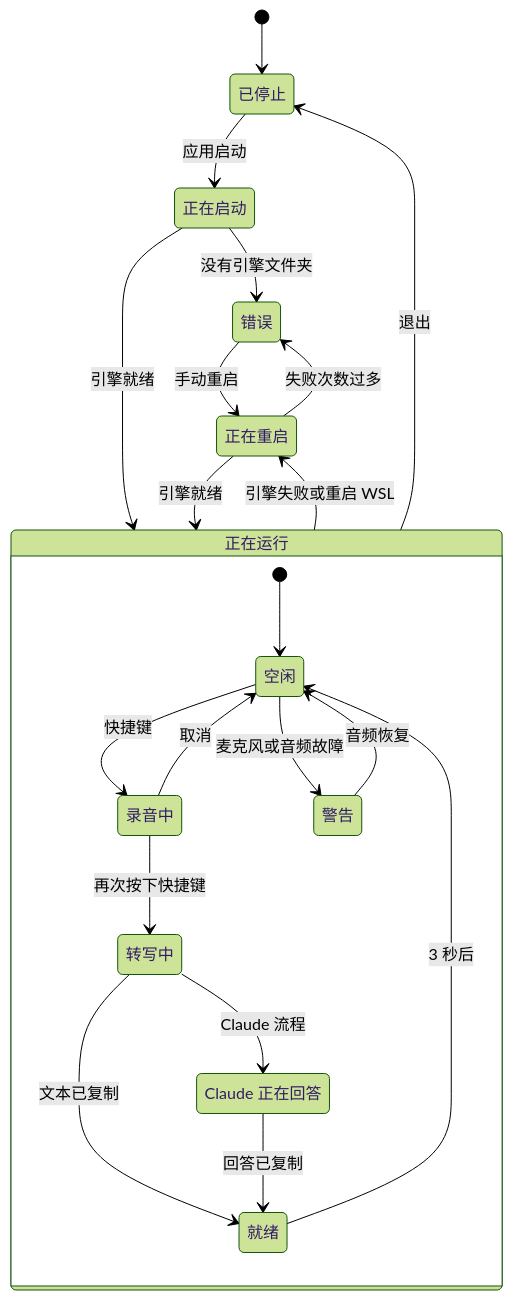
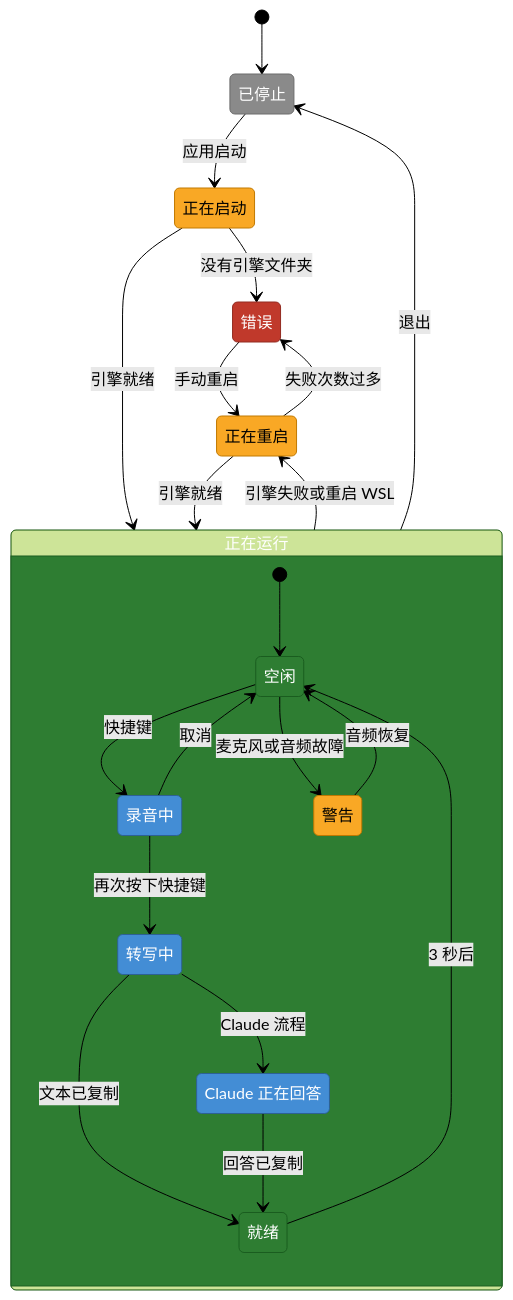
One commit to nano-br/voice-mate changed the fourth of 6 diagrams in README.zh-CN.md. Above: the diagram before and after it, drawn with Mermaid (forest theme). The commit also changed other lines of this file and 76 other files, not shown here.

````diff
--- a/README.zh-CN.md
+++ b/README.zh-CN.md
@@ -239,35 +337,51 @@
 ```mermaid
 stateDiagram-v2
     state "已停止" as Stopped
     state "正在启动" as Starting
     state "正在运行" as Running
     state "错误" as Error
     state "正在重启" as Restarting
     [*] --> Stopped
     Stopped --> Starting : 应用启动
     Starting --> Running : 引擎就绪
     Starting --> Error : 没有引擎文件夹
     Running --> Restarting : 引擎失败或重启 WSL
     Restarting --> Running : 引擎就绪
     Restarting --> Error : 失败次数过多
     Error --> Restarting : 手动重启
     Running --> Stopped : 退出
     state Running {
         state "空闲" as Idle
         state "录音中" as Recording
         state "转写中" as Transcribing
         state "Claude 正在回答" as Answering
         state "就绪" as Ready
         state "警告" as Warning
         [*] --> Idle
         Idle --> Recording : 快捷键
         Recording --> Transcribing : 再次按下快捷键
         Recording --> Idle : 取消
         Transcribing --> Ready : 文本已复制
         Transcribing --> Answering : Claude 流程
         Answering --> Ready : 回答已复制
         Ready --> Idle : 3 秒后
         Idle --> Warning : 麦克风或音频故障
         Warning --> Idle : 音频恢复
     }
+
+    classDef person fill:#08427b,stroke:#052e56,color:#ffffff
+    classDef system fill:#1168bd,stroke:#0b4884,color:#ffffff
+    classDef container fill:#438dd5,stroke:#2e6295,color:#ffffff
+    classDef component fill:#85bbf0,stroke:#5d82a8,color:#000000
+    classDef store fill:#00838f,stroke:#005f66,color:#ffffff
+    classDef external fill:#8a8a8a,stroke:#6b6b6b,color:#ffffff
+    classDef optional fill:#8a8a8a,stroke:#6b6b6b,color:#ffffff,stroke-dasharray:5 5
+    classDef ok fill:#2e7d32,stroke:#1b5e20,color:#ffffff
+    classDef warn fill:#f9a825,stroke:#c17900,color:#000000
+    classDef bad fill:#c0392b,stroke:#922b21,color:#ffffff
+    class Stopped external
+    class Starting,Restarting,Warning warn
+    class Running,Idle,Ready ok
+    class Error bad
+    class Recording,Transcribing,Answering container
 ```
````
